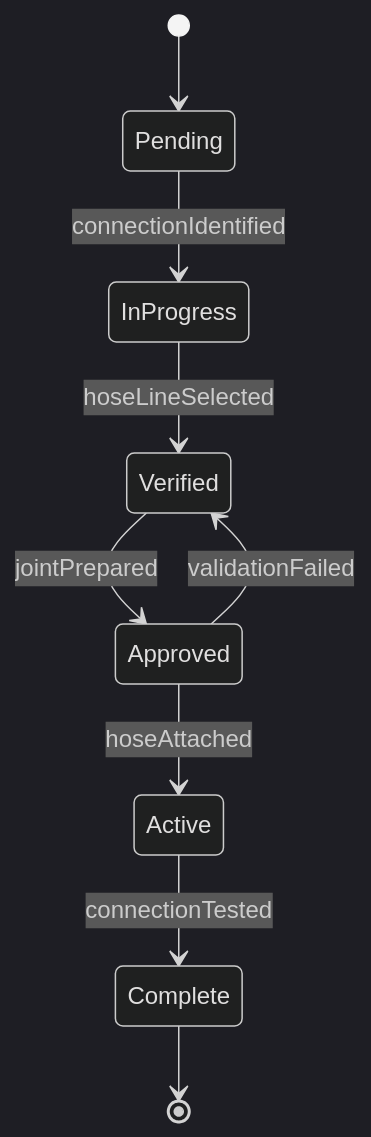
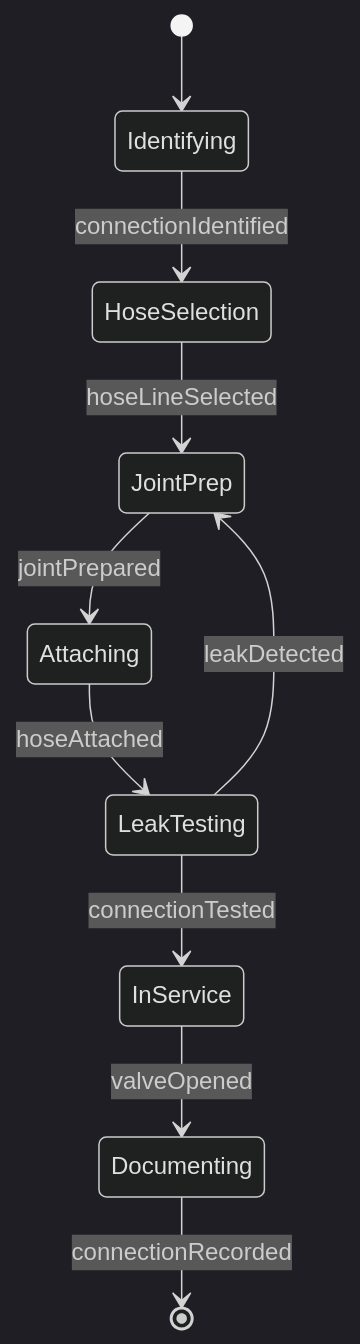
One commit to dot-org-ai/tasks.org.ai changed the second of 4 diagrams in HandlingAndMovingObjects/ConnectComponentsOrSupplyLinesToEquipmentOrTools/ConnectHosesEquipmentPiping.mdx. Above: the diagram before and after it, drawn with Mermaid (dark theme). The commit also changed other lines of this file and 515 other files, not shown here.

````diff
--- a/HandlingAndMovingObjects/ConnectComponentsOrSupplyLinesToEquipmentOrTools/ConnectHosesEquipmentPiping.mdx
+++ b/HandlingAndMovingObjects/ConnectComponentsOrSupplyLinesToEquipmentOrTools/ConnectHosesEquipmentPiping.mdx
@@ -96,11 +97,12 @@
 ```mermaid
 stateDiagram-v2
-    [*] --> Pending
-    Pending --> InProgress : connectionIdentified
-    InProgress --> Verified : hoseLineSelected
-    Verified --> Approved : jointPrepared
-    Approved --> Active : hoseAttached
-    Active --> Complete : connectionTested
-    Approved --> Verified : validationFailed
-    Complete --> [*]
+    [*] --> Identifying
+    Identifying --> HoseSelection : connectionIdentified
+    HoseSelection --> JointPrep : hoseLineSelected
+    JointPrep --> Attaching : jointPrepared
+    Attaching --> LeakTesting : hoseAttached
+    LeakTesting --> InService : connectionTested
+    InService --> Documenting : valveOpened
+    Documenting --> [*] : connectionRecorded
+    LeakTesting --> JointPrep : leakDetected
 ```
````
